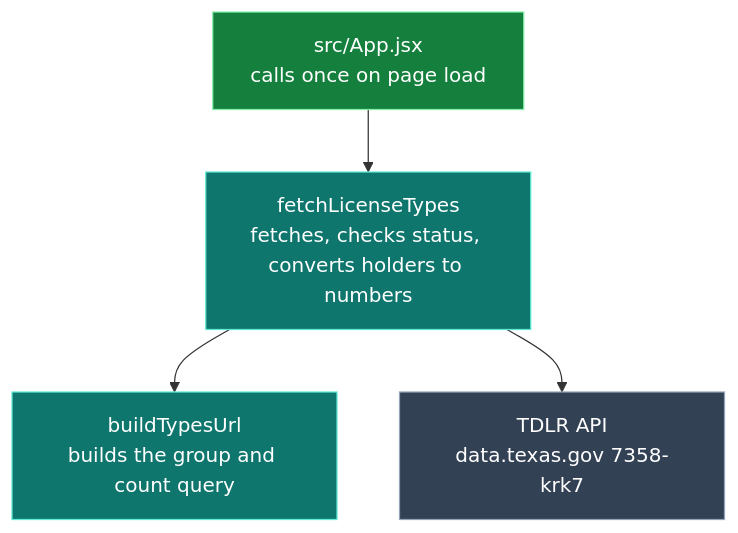
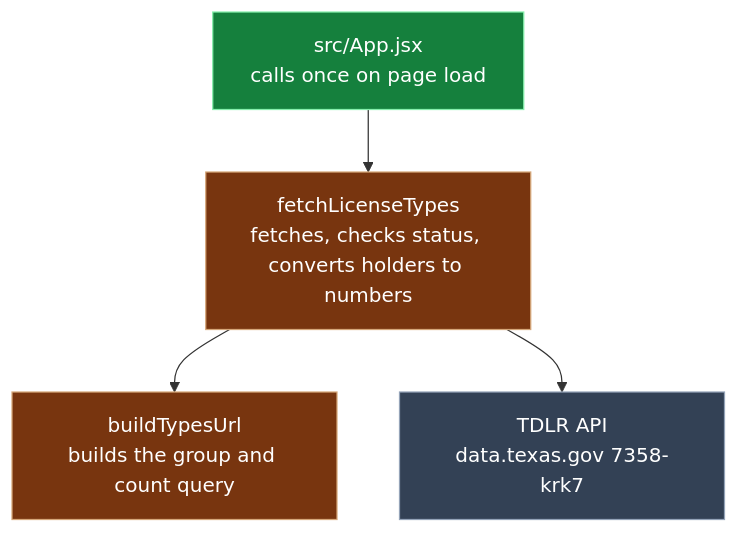
One commit to ClayClimate-AI/tx-license-navigator changed the second of 4 diagrams in PROMPT_LOG.md. Above: the diagram before and after it, drawn with Mermaid. The commit also changed other lines of this file, not shown here.

````diff
--- a/PROMPT_LOG.md
+++ b/PROMPT_LOG.md
@@ -202,10 +202,10 @@
 ```mermaid
 flowchart TD
   A[src/App.jsx<br/>calls once on page load]:::ui --> F[fetchLicenseTypes<br/>fetches, checks status, converts holders to numbers]:::api
   F --> U[buildTypesUrl<br/>builds the group and count query]:::api
   F --> T[TDLR API<br/>data.texas.gov 7358-krk7]:::run
 
   classDef run fill:#334155,color:#fff,stroke:#94a3b8
   classDef ui fill:#15803d,color:#fff,stroke:#86efac
-  classDef api fill:#0f766e,color:#fff,stroke:#5eead4
+  classDef api fill:#78350f,color:#fff,stroke:#d6a77a
 ```
````
